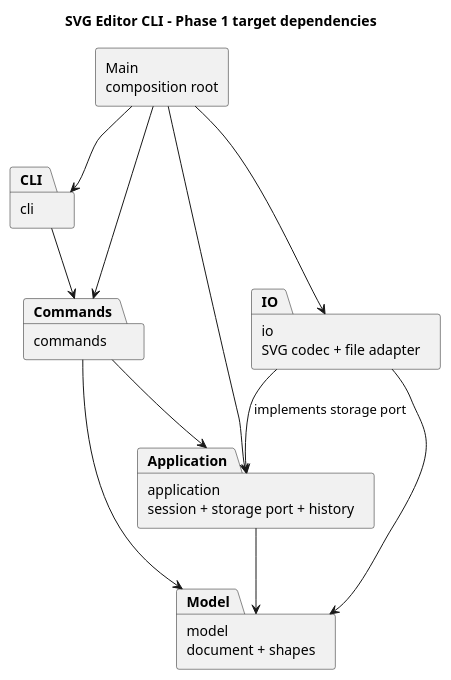
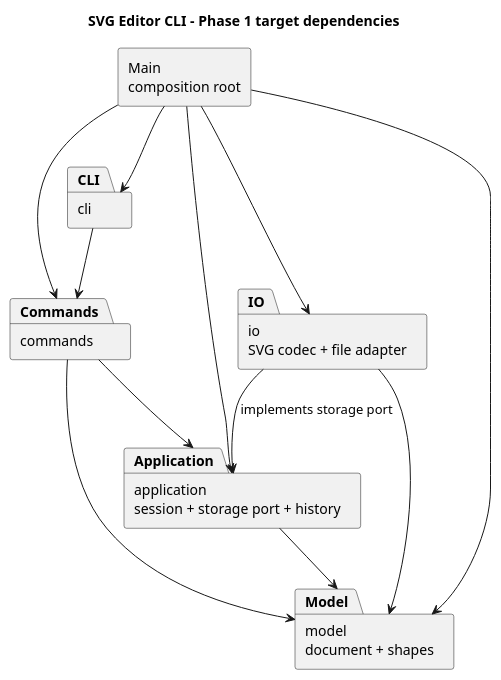
The diagram in doc/architecture.puml (sqaaia/svg-editor-cli), drawn with PlantUML before and after one commit. The commit also changed 21 other files, not shown here.

```diff
--- a/doc/architecture.puml
+++ b/doc/architecture.puml
@@ -1,20 +1,21 @@
 @startuml
 title SVG Editor CLI - Phase 1 target dependencies
 skinparam componentStyle rectangle
 component "Main\ncomposition root" as Main
 package "cli" as CLI
 package "commands" as Commands
 package "application\nsession + storage port + history" as Application
 package "model\ndocument + shapes" as Model
 package "io\nSVG codec + file adapter" as IO
 Main --> CLI
 Main --> Commands
 Main --> Application
+Main --> Model
 Main --> IO
 CLI --> Commands
 Commands --> Application
 Commands --> Model
 Application --> Model
 IO --> Application : implements storage port
 IO --> Model
 @enduml
```
